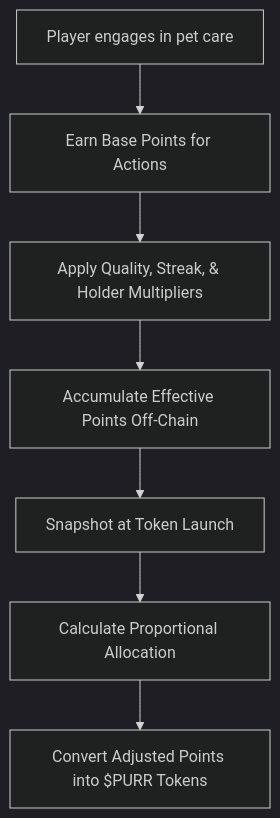
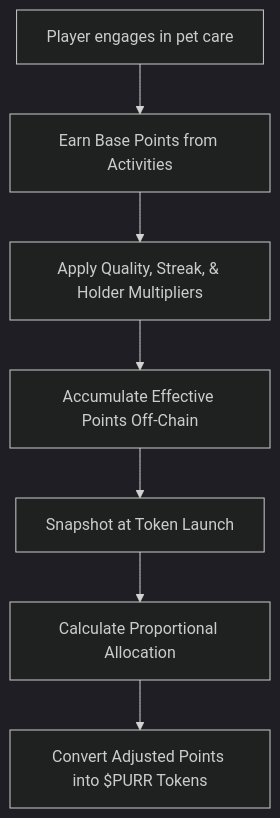
The diagram in Pre-Launch-Points.mdx (sentientpets/docs), drawn with Mermaid (dark theme) before and after one commit. The commit also changed other lines of this file, not shown here.

````diff
--- a/Pre-Launch-Points.mdx
+++ b/Pre-Launch-Points.mdx
@@ -222,17 +243,17 @@
 ```mermaid
 flowchart TD
     A[Player engages in pet care]
-    B[Earn Base Points for Actions]
+    B[Earn Base Points from Activities]
     C[Apply Quality, Streak, & Holder Multipliers]
     D[Accumulate Effective Points Off-Chain]
     E[Snapshot at Token Launch]
     F[Calculate Proportional Allocation]
     G[Convert Adjusted Points into $PURR Tokens]
     
     A --> B
     B --> C
     C --> D
     D --> E
     E --> F
     F --> G
 ```
````
